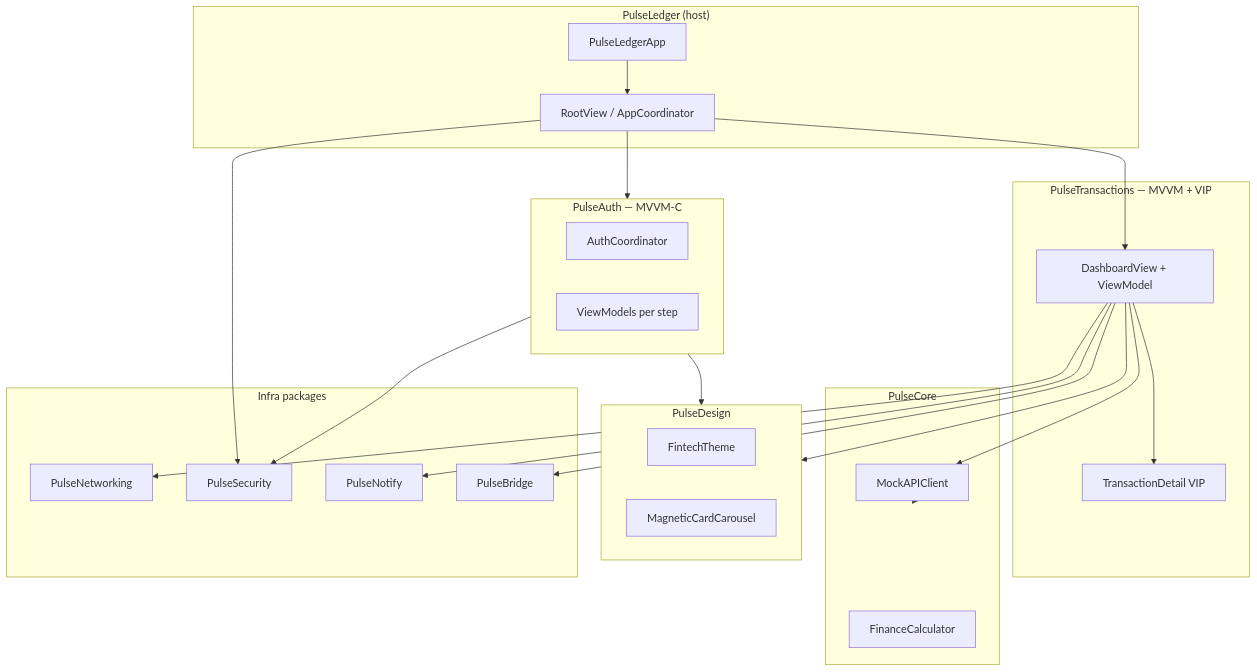
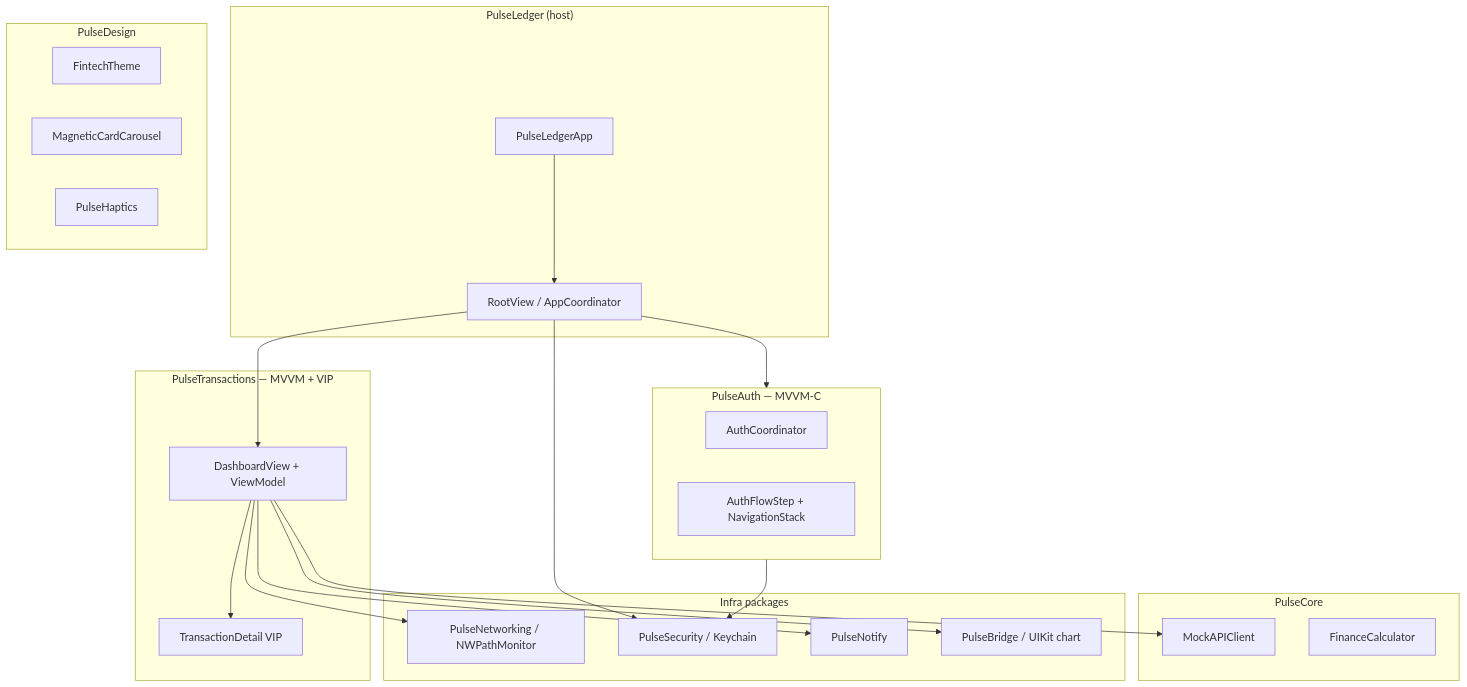
One commit to deepak4u2006/PulseLedger changed the diagram in README.md. Above: the diagram before and after it, drawn with Mermaid. The commit also changed other lines of this file and 15 other files, not shown here.

````diff
--- a/README.md
+++ b/README.md
@@ -19,48 +31,46 @@
 ```mermaid
 flowchart TB
     subgraph Host["PulseLedger (host)"]
         App[PulseLedgerApp]
         Root[RootView / AppCoordinator]
     end
 
     subgraph Auth["PulseAuth — MVVM-C"]
         AC[AuthCoordinator]
-        VM[ViewModels per step]
+        Steps[AuthFlowStep + NavigationStack]
     end
 
     subgraph Home["PulseTransactions — MVVM + VIP"]
         DV[DashboardView + ViewModel]
         VIP[TransactionDetail VIP]
     end
 
     subgraph Core["PulseCore"]
         API[MockAPIClient]
         Calc[FinanceCalculator]
     end
 
     subgraph Design["PulseDesign"]
         Theme[FintechTheme]
         Cards[MagneticCardCarousel]
+        Haptics[PulseHaptics]
     end
 
     subgraph Infra["Infra packages"]
-        Net[PulseNetworking]
-        Sec[PulseSecurity]
+        Net[PulseNetworking / NWPathMonitor]
+        Sec[PulseSecurity / Keychain]
         Ntf[PulseNotify]
-        Brg[PulseBridge]
+        Brg[PulseBridge / UIKit chart]
     end
 
     App --> Root
     Root --> Auth
     Root --> Sec
     Auth --> Sec
     Root --> DV
     DV --> API
     DV --> Net
     DV --> Ntf
     DV --> Brg
     DV --> VIP
-    API --> Core
-    DV --> Design
-    Auth --> Design
 ```
````
